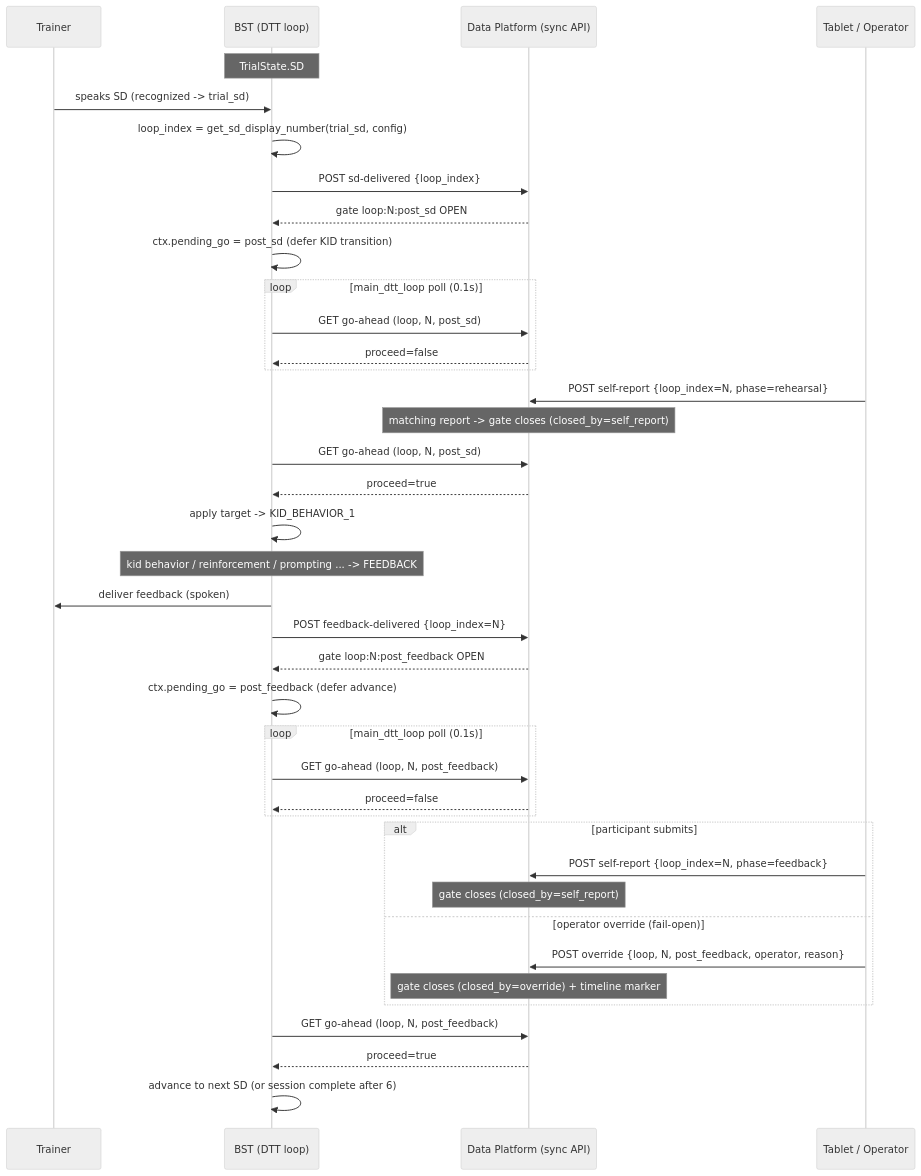
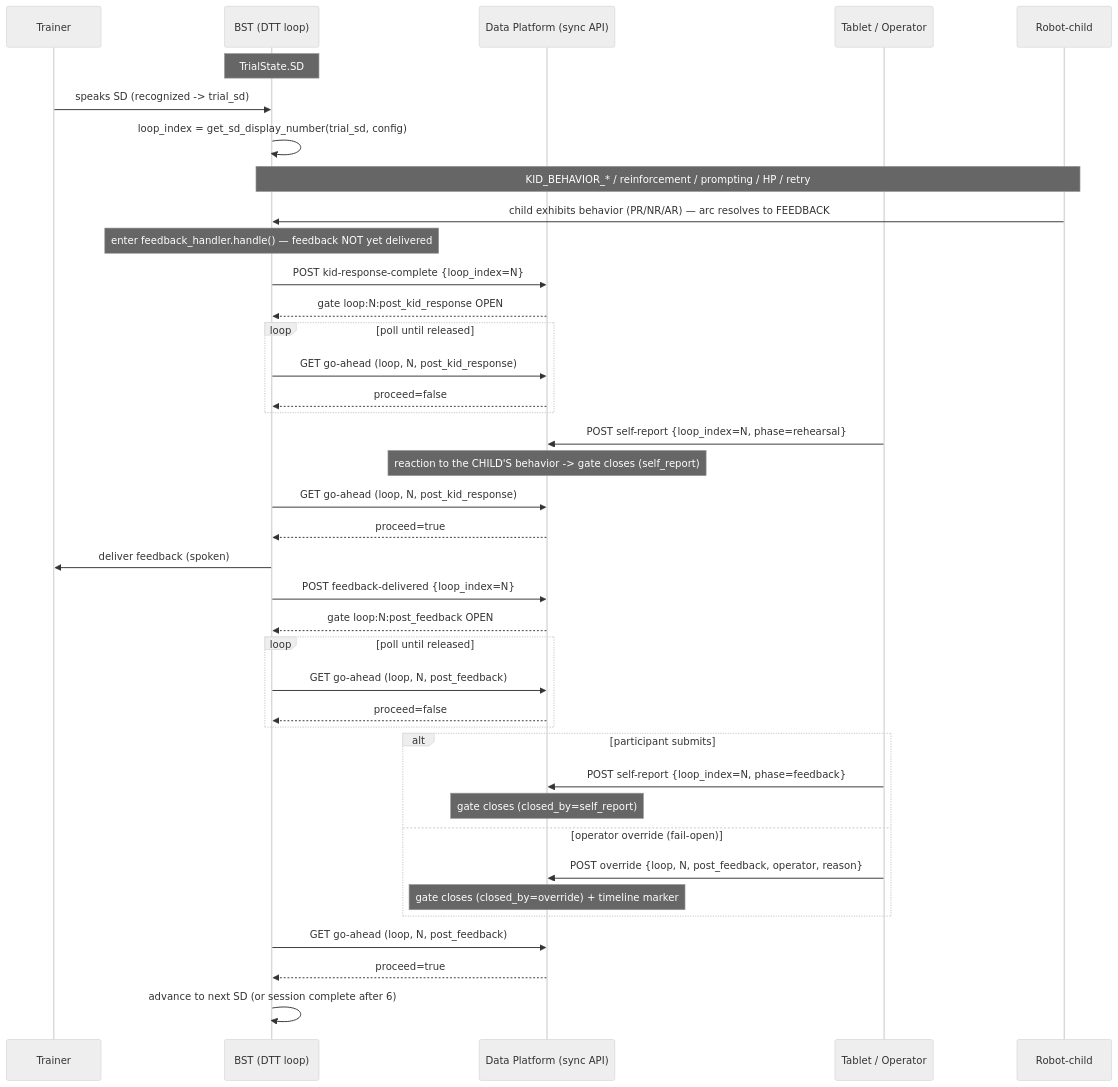
Before and after one commit to Intelligent-Robotics-Lab/bst-data-collection-platform: the first of 2 diagrams in docs/bst_sync_integration_spec.md, drawn with Mermaid (neutral theme). The commit also changed other lines of this file and 6 other files, not shown here.

First line of the commit message:
Phase 7 fix: first per-loop gate measures reaction to the child's behavior

````diff
--- a/docs/bst_sync_integration_spec.md
+++ b/docs/bst_sync_integration_spec.md
@@ -255,47 +282,47 @@
 ```mermaid
 sequenceDiagram
     participant T as Trainer
     participant BST as BST (DTT loop)
     participant API as Data Platform (sync API)
     participant TAB as Tablet / Operator
 
+    participant C as Robot-child
+
     Note over BST: TrialState.SD
     T->>BST: speaks SD (recognized -> trial_sd)
     BST->>BST: loop_index = get_sd_display_number(trial_sd, config)
-    BST->>API: POST sd-delivered {loop_index}
-    API-->>BST: gate loop:N:post_sd OPEN
-    BST->>BST: ctx.pending_go = post_sd (defer KID transition)
+    Note over BST,C: KID_BEHAVIOR_* / reinforcement / prompting / HP / retry
+    C->>BST: child exhibits behavior (PR/NR/AR) — arc resolves to FEEDBACK
 
-    loop main_dtt_loop poll (0.1s)
-        BST->>API: GET go-ahead (loop, N, post_sd)
+    Note over BST: enter feedback_handler.handle() — feedback NOT yet delivered
+    BST->>API: POST kid-response-complete {loop_index=N}
+    API-->>BST: gate loop:N:post_kid_response OPEN
+
+    loop poll until released
+        BST->>API: GET go-ahead (loop, N, post_kid_response)
         API-->>BST: proceed=false
     end
+    TAB->>API: POST self-report {loop_index=N, phase=rehearsal}
+    Note over API: reaction to the CHILD'S behavior -> gate closes (self_report)
+    BST->>API: GET go-ahead (loop, N, post_kid_response)
+    API-->>BST: proceed=true
 
-    TAB->>API: POST self-report {loop_index=N, phase=rehearsal}
-    Note over API: matching report -> gate closes (closed_by=self_report)
-    BST->>API: GET go-ahead (loop, N, post_sd)
-    API-->>BST: proceed=true
-    BST->>BST: apply target -> KID_BEHAVIOR_1
-
-    Note over BST: kid behavior / reinforcement / prompting ... -> FEEDBACK
     BST->>T: deliver feedback (spoken)
     BST->>API: POST feedback-delivered {loop_index=N}
     API-->>BST: gate loop:N:post_feedback OPEN
-    BST->>BST: ctx.pending_go = post_feedback (defer advance)
 
-    loop main_dtt_loop poll (0.1s)
+    loop poll until released
         BST->>API: GET go-ahead (loop, N, post_feedback)
         API-->>BST: proceed=false
     end
-
     alt participant submits
         TAB->>API: POST self-report {loop_index=N, phase=feedback}
         Note over API: gate closes (closed_by=self_report)
     else operator override (fail-open)
         TAB->>API: POST override {loop, N, post_feedback, operator, reason}
         Note over API: gate closes (closed_by=override) + timeline marker
     end
     BST->>API: GET go-ahead (loop, N, post_feedback)
     API-->>BST: proceed=true
     BST->>BST: advance to next SD (or session complete after 6)
 ```
````
